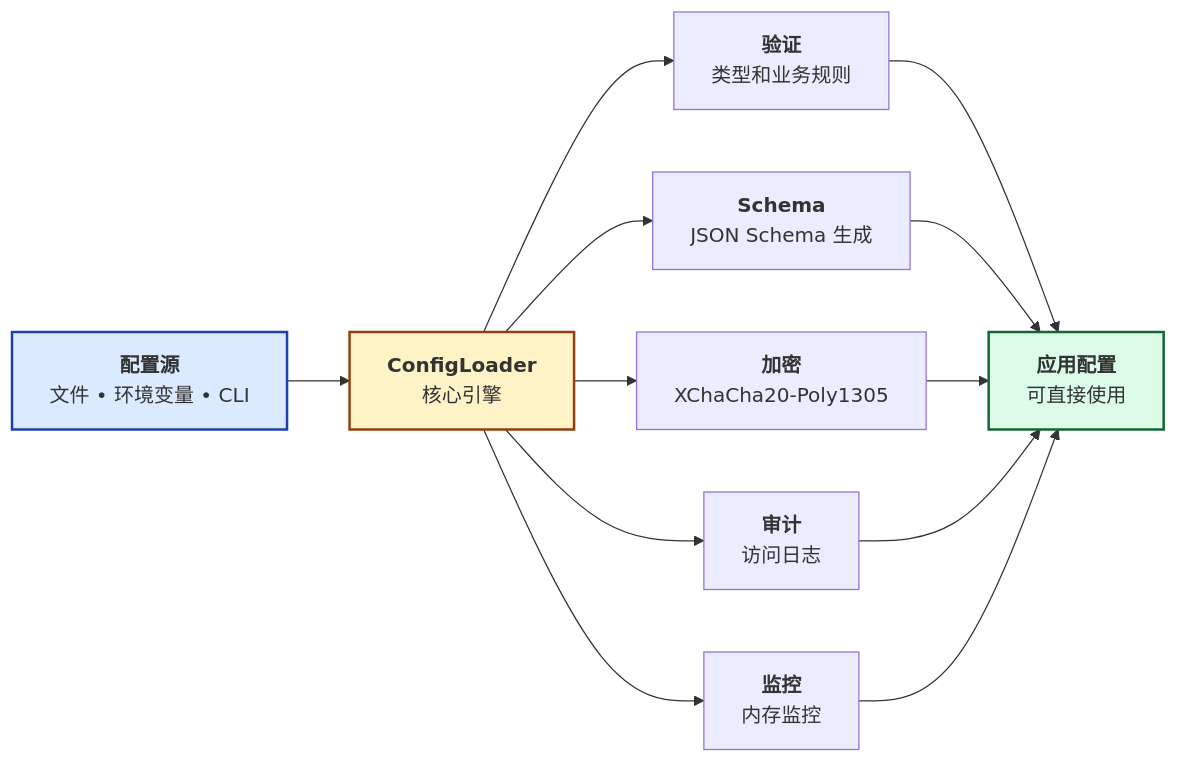
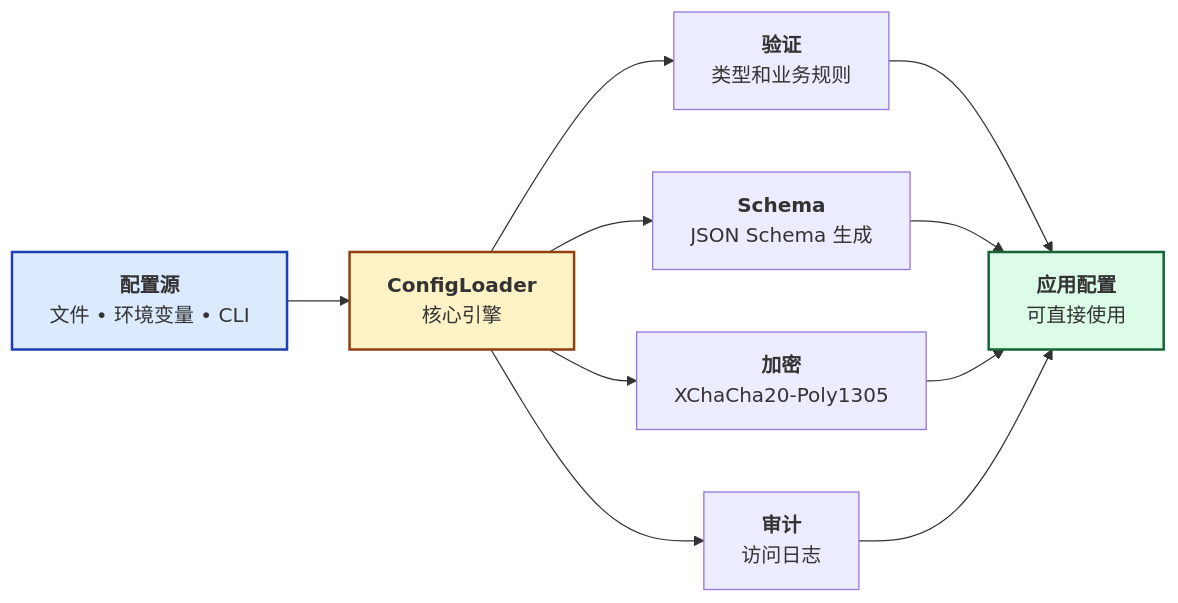
The first of 3 diagrams in README_zh.md (Kirky-X/confers), drawn with Mermaid before and after one commit. The commit also changed other lines of this file and 1 other file, not shown here.

Commit message:
docs: remove stale metrics references from README mermaid diagrams
The metrics feature was removed in 2f797a3, but two mermaid architecture
diagrams in each README still referenced "Monitoring" / "Memory Watch"
(EN) and "监控" / "内存监控" (ZH) nodes pointing to the deleted feature.
Remove the dead nodes from both Feature Architecture and System
Architecture diagrams.

Note: examples/src/examples/metrics.rs is retained — it is a std-only
example with no feature dependency, correctly documented as such in the
examples table.

````diff
--- a/README_zh.md
+++ b/README_zh.md
@@ -166,18 +166,16 @@
 ```mermaid
 graph LR
     A["<b>配置源</b><br/>文件 • 环境变量 • CLI"] --> B["<b>ConfigLoader</b><br/>核心引擎"]
     B --> C["<b>验证</b><br/>类型和业务规则"]
     B --> D["<b>Schema</b><br/>JSON Schema 生成"]
     B --> E["<b>加密</b><br/>XChaCha20-Poly1305"]
     B --> F["<b>审计</b><br/>访问日志"]
-    B --> G["<b>监控</b><br/>内存监控"]
     C --> H["<b>应用配置</b><br/>可直接使用"]
     D --> H
     E --> H
     F --> H
-    G --> H
 
     style A fill:#DBEAFE,stroke:#1E40AF,stroke-width:2px
     style B fill:#FEF3C7,stroke:#92400E,stroke-width:2px
     style H fill:#DCFCE7,stroke:#166534,stroke-width:2px
 ```
````
